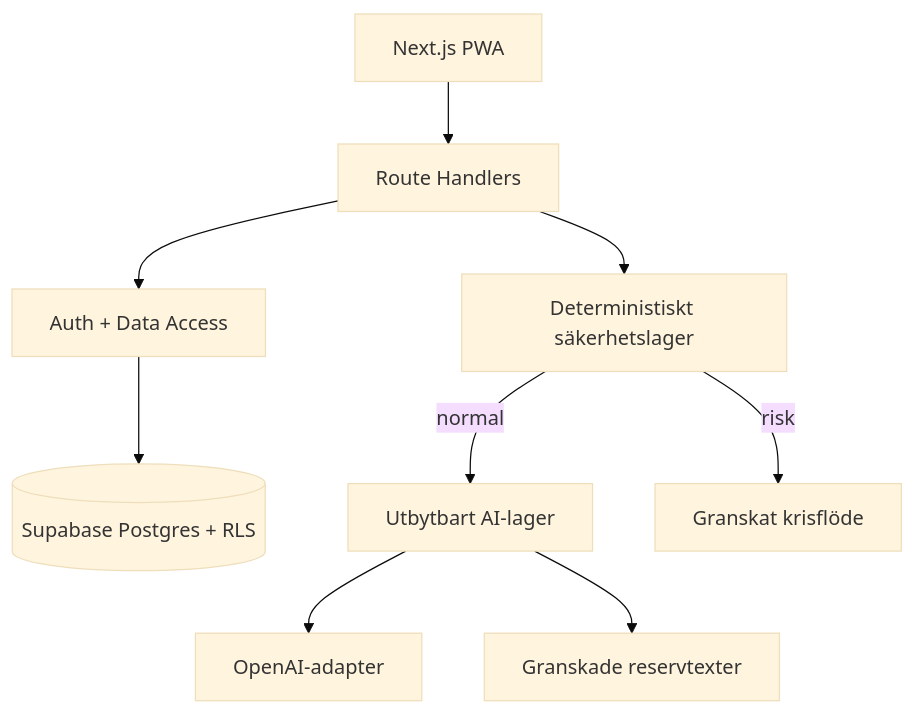
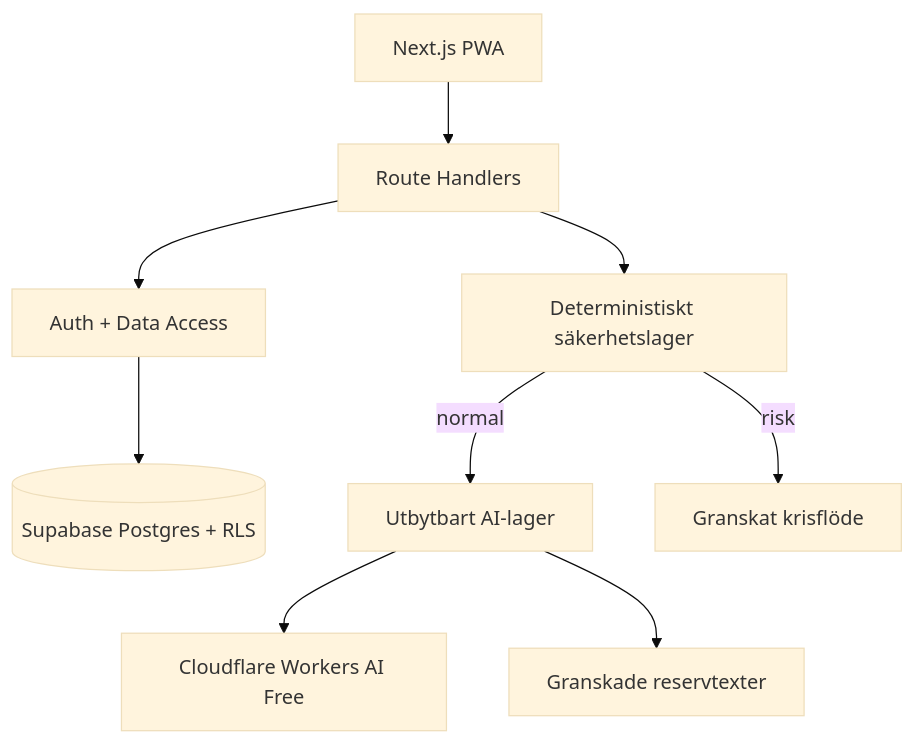
The diagram in docs/ARCHITECTURE.md (Rubbedubb/pepply), drawn with Mermaid (base theme) before and after one commit. The commit also changed other lines of this file and 18 other files, not shown here.

First line of the commit message:
Integrera Cloudflare Workers AI med kostnadsskydd

````diff
--- a/docs/ARCHITECTURE.md
+++ b/docs/ARCHITECTURE.md
@@ -5,11 +5,11 @@
 ```mermaid
 flowchart TD
   Browser[Next.js PWA] --> Routes[Route Handlers]
   Routes --> DAL[Auth + Data Access]
   DAL --> DB[(Supabase Postgres + RLS)]
   Routes --> Safety[Deterministiskt säkerhetslager]
   Safety -->|normal| AI[Utbytbart AI-lager]
   Safety -->|risk| Crisis[Granskat krisflöde]
-  AI --> OpenAI[OpenAI-adapter]
+  AI --> Cloudflare[Cloudflare Workers AI Free]
   AI --> Fallback[Granskade reservtexter]
 ```
````
